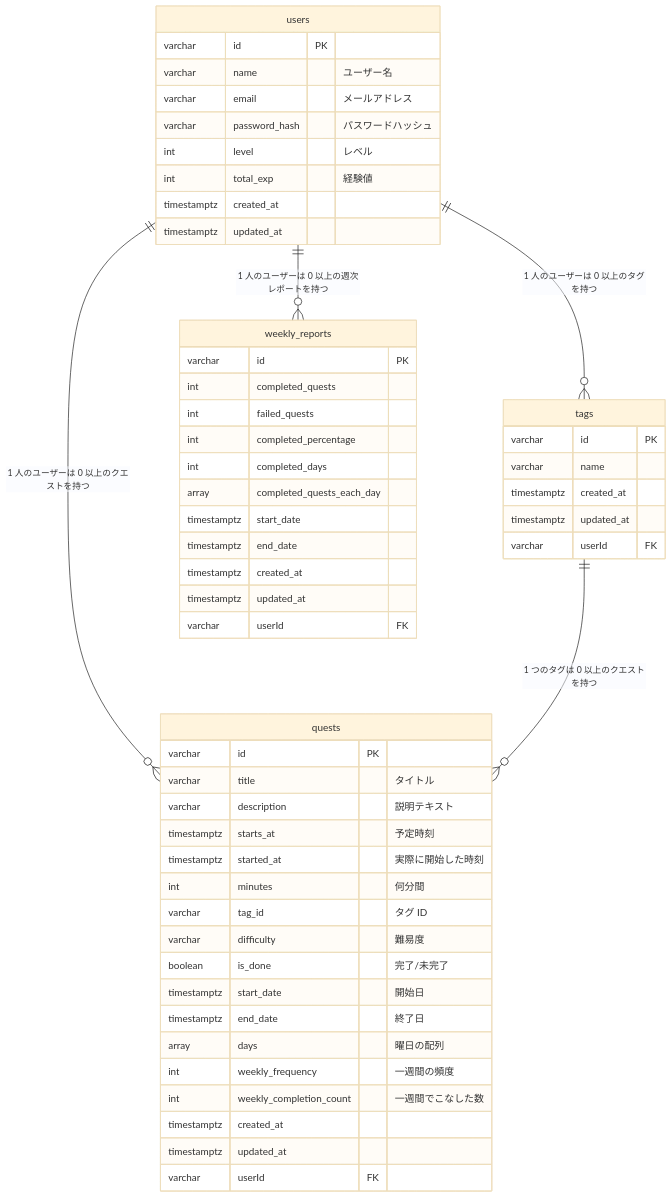
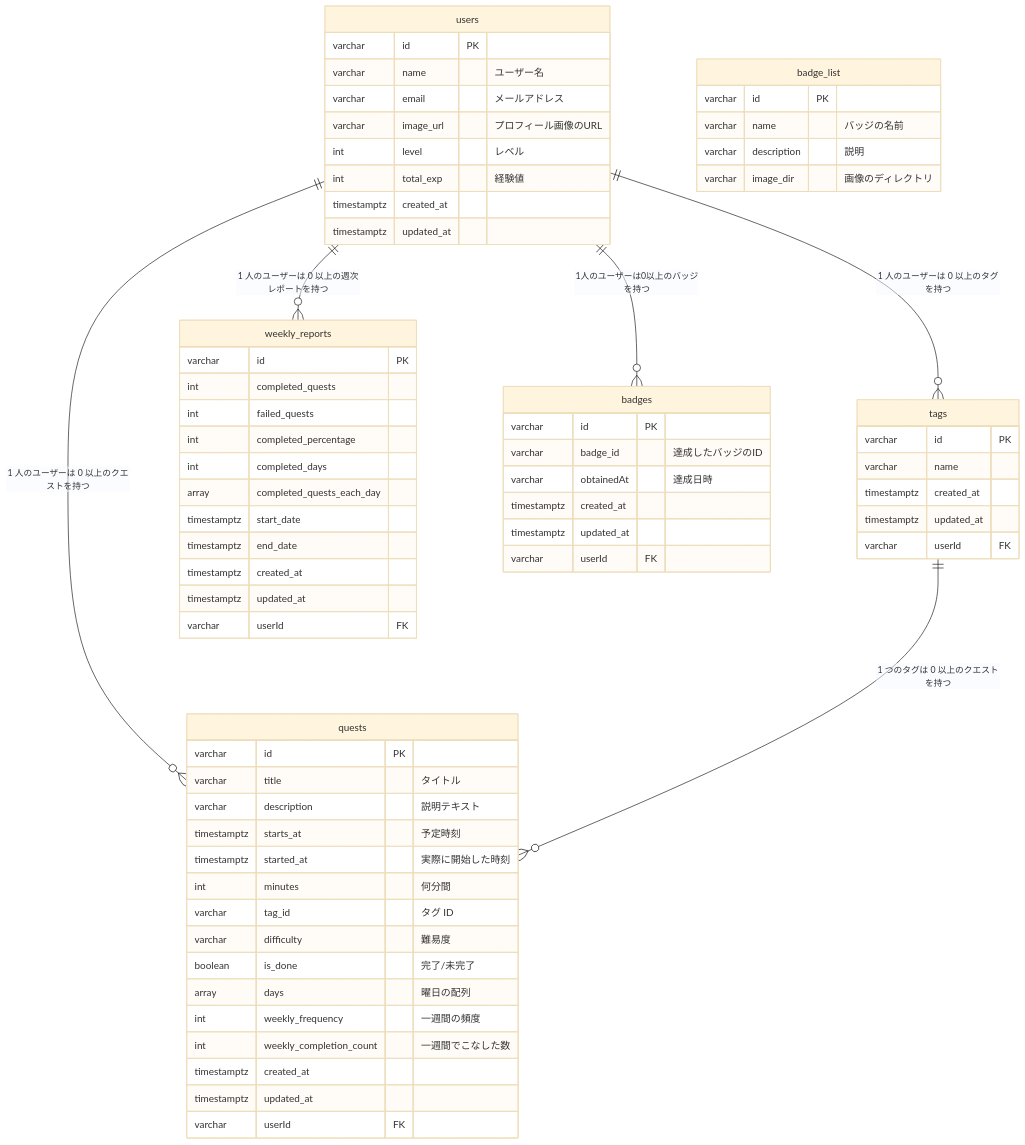
The diagram in docs/db/mermaid.md (taga3s/Rhythmate-Service), drawn with Mermaid (base theme) before and after one commit.

Commit message:
feat: ER図を変更

````diff
--- a/docs/db/mermaid.md
+++ b/docs/db/mermaid.md
@@ -1,56 +1,69 @@
 ```mermaid
 erDiagram
     users {
         varchar id PK
         varchar name "ユーザー名"
         varchar email "メールアドレス"
-        varchar password_hash "パスワードハッシュ"
+        varchar image_url "プロフィール画像のURL"
         int level "レベル"
         int total_exp "経験値"
         timestamptz created_at
         timestamptz updated_at
     }
     quests {
         varchar id PK
         varchar title "タイトル"
         varchar description "説明テキスト"
         timestamptz starts_at "予定時刻"
         timestamptz started_at "実際に開始した時刻"
         int minutes "何分間"
         varchar tag_id "タグ ID"
         varchar difficulty "難易度"
         boolean is_done "完了/未完了"
-        timestamptz start_date "開始日"
-        timestamptz end_date "終了日"
         array days "曜日の配列"
         int weekly_frequency "一週間の頻度"
         int weekly_completion_count "一週間でこなした数"
         timestamptz created_at
         timestamptz updated_at
         varchar userId FK
     }
     tags {
         varchar id PK
         varchar name
         timestamptz created_at
         timestamptz updated_at
         varchar userId FK
     }
     weekly_reports {
         varchar id PK
         int completed_quests
         int failed_quests
         int completed_percentage
         int completed_days
         array completed_quests_each_day
         timestamptz start_date
         timestamptz end_date
         timestamptz created_at
         timestamptz updated_at
         varchar userId FK
     }
+    badges {
+        varchar id PK
+        varchar badge_id "達成したバッジのID"
+        varchar obtainedAt "達成日時"
+        timestamptz created_at 
+        timestamptz updated_at
+        varchar userId FK
+    }
+    badge_list {
+        varchar id PK
+        varchar name "バッジの名前"
+        varchar description "説明"
+        varchar image_dir "画像のディレクトリ"
+    }
     users ||--o{ quests : "1 人のユーザーは 0 以上のクエストを持つ"
     users || --o{ tags : "1 人のユーザーは 0 以上のタグを持つ"
+    users ||--o{ weekly_reports : "1 人のユーザーは 0 以上の週次レポートを持つ"
+    users ||--o{ badges : "1人のユーザーは0以上のバッジを持つ"
     tags || --o{ quests : "1 つのタグは 0 以上のクエストを持つ"
-    users ||--o{ weekly_reports : "1 人のユーザーは 0 以上の週次レポートを持つ"
 ```
````
